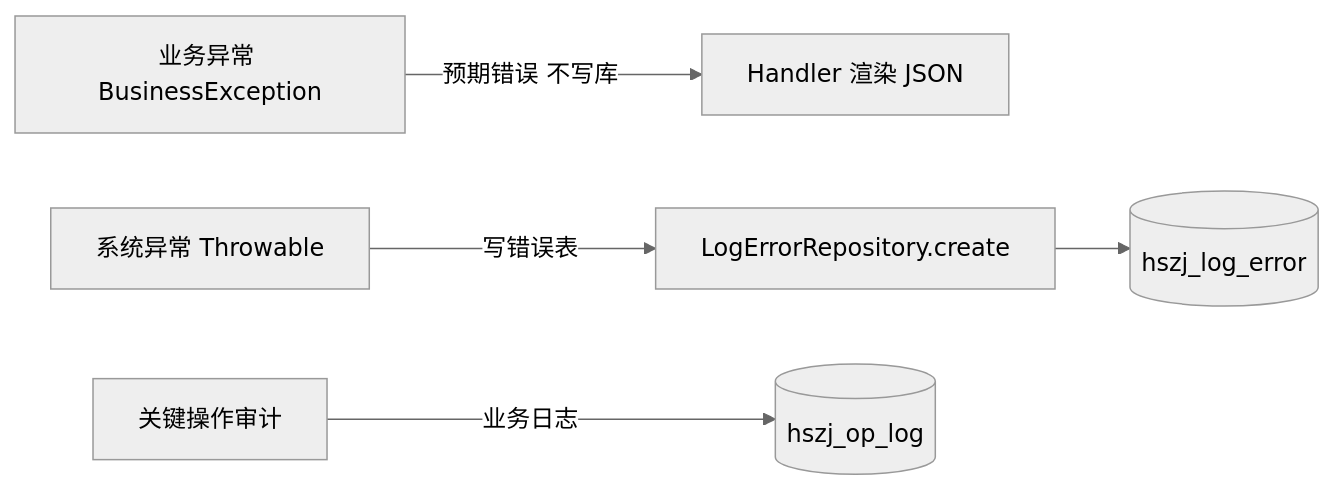
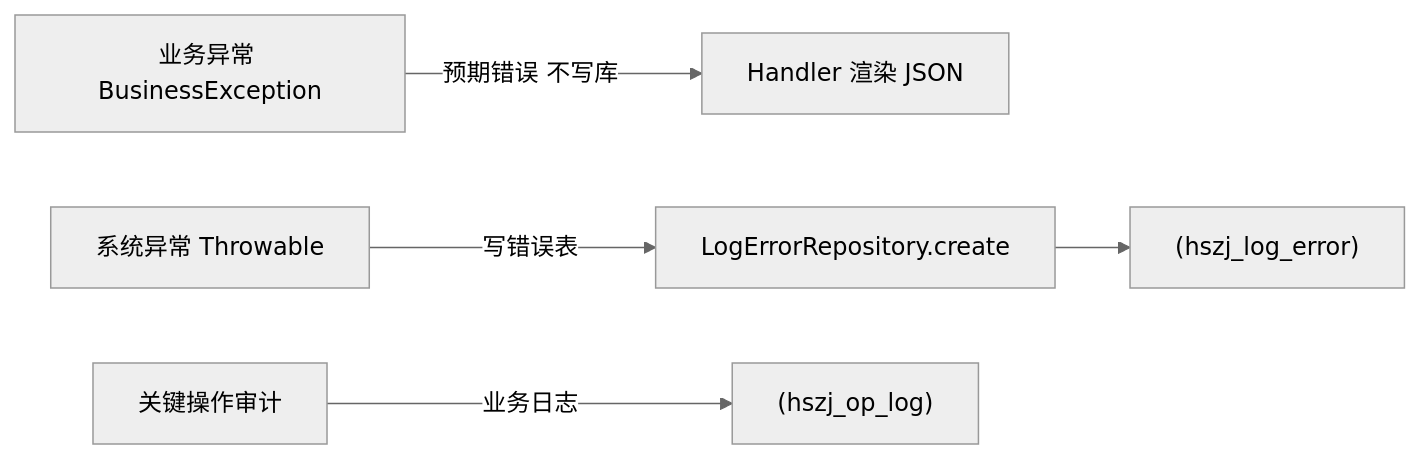
One commit to wxyClark/wxyClark.github.io changed the fifth of 7 diagrams in content/AI-IT/fundamentals/computing/05-laravel-best-practices.md. Above: the diagram before and after it, drawn with Mermaid (neutral theme). The commit also changed other lines of this file and 97 other files, not shown here.

First line of the commit message:
fix(content): 修复 mermaid 图表节点定义格式

````diff
--- a/content/AI-IT/fundamentals/computing/05-laravel-best-practices.md
+++ b/content/AI-IT/fundamentals/computing/05-laravel-best-practices.md
@@ -499,7 +499,7 @@
 ```mermaid
 graph LR
     A[业务异常 BusinessException] -->|预期错误 不写库| B[Handler 渲染 JSON]
     C[系统异常 Throwable] -->|写错误表| D[LogErrorRepository.create]
-    D --> E[(hszj_log_error)]
-    F[关键操作审计] -->|业务日志| G[(hszj_op_log)]
+    D --> E["(hszj_log_error)"]
+    F[关键操作审计] -->|业务日志| G["(hszj_op_log)"]
 ```
````
